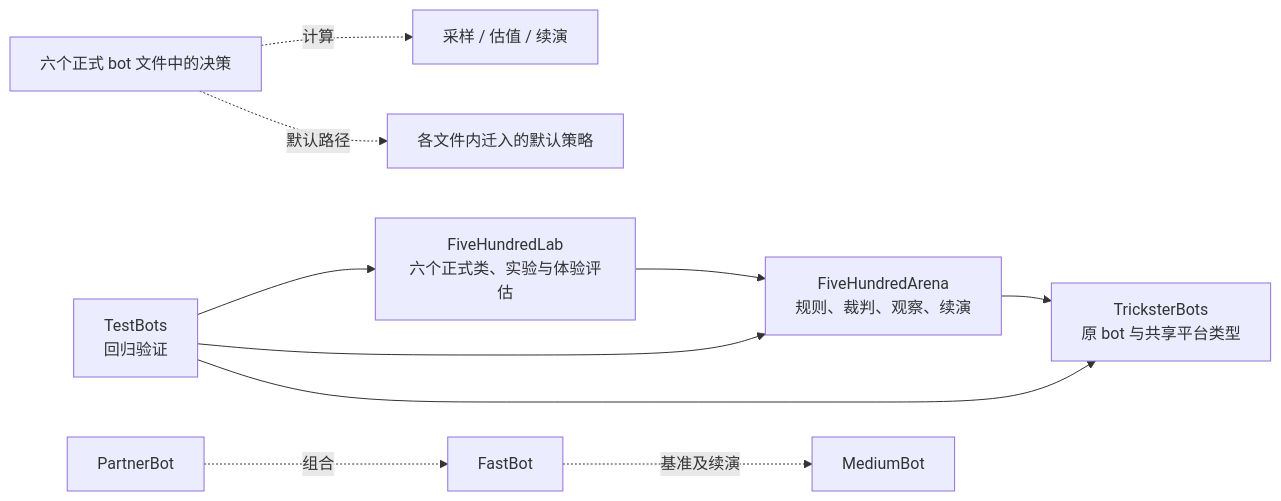
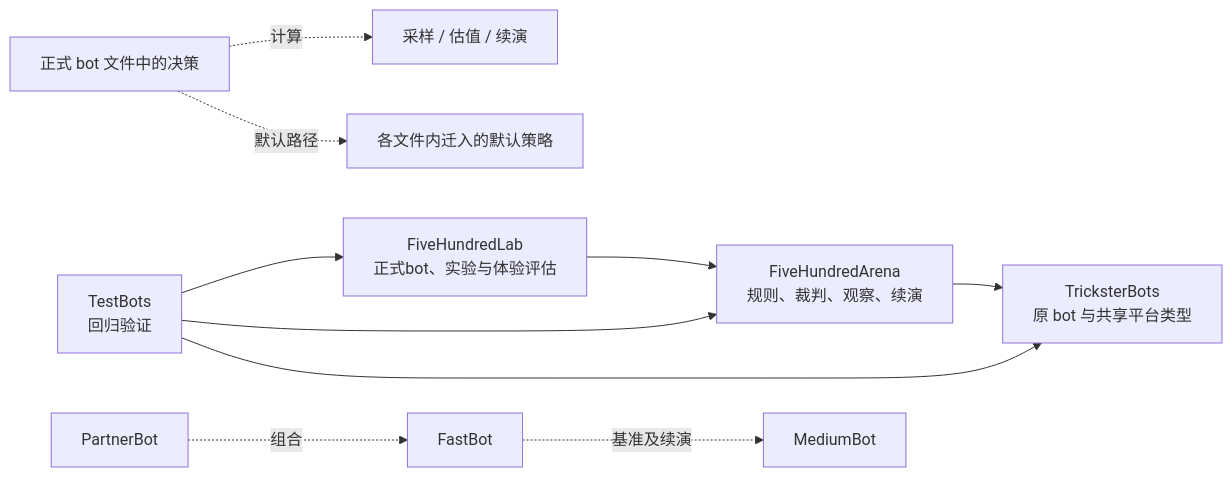
The second of 2 diagrams in FIVEHUNDRED_DEVELOPMENT.md (wenbotao/TricksterBots), drawn with Mermaid before and after one commit. The commit also changed other lines of this file and 3 other files, not shown here.

Commit message:
Document StrongPlus as a formal independent FiveHundred bot

````diff
--- a/FIVEHUNDRED_DEVELOPMENT.md
+++ b/FIVEHUNDRED_DEVELOPMENT.md
@@ -185,16 +187,16 @@
 ```mermaid
 flowchart LR
     T[TricksterBots<br/>原 bot 与共享平台类型]
     A[FiveHundredArena<br/>规则、裁判、观察、续演]
-    L[FiveHundredLab<br/>六个正式类、实验与体验评估]
+    L[FiveHundredLab<br/>正式bot、实验与体验评估]
     X[TestBots<br/>回归验证]
     L --> A
     A --> T
     X --> L
     X --> A
     X --> T
-    F[六个正式 bot 文件中的决策] -.计算.-> S[采样 / 估值 / 续演]
+    F[正式 bot 文件中的决策] -.计算.-> S[采样 / 估值 / 续演]
     F -.默认路径.-> H[各文件内迁入的默认策略]
     P[PartnerBot] -.组合.-> Q[FastBot]
     Q -.基准及续演.-> M[MediumBot]
 ```
````
